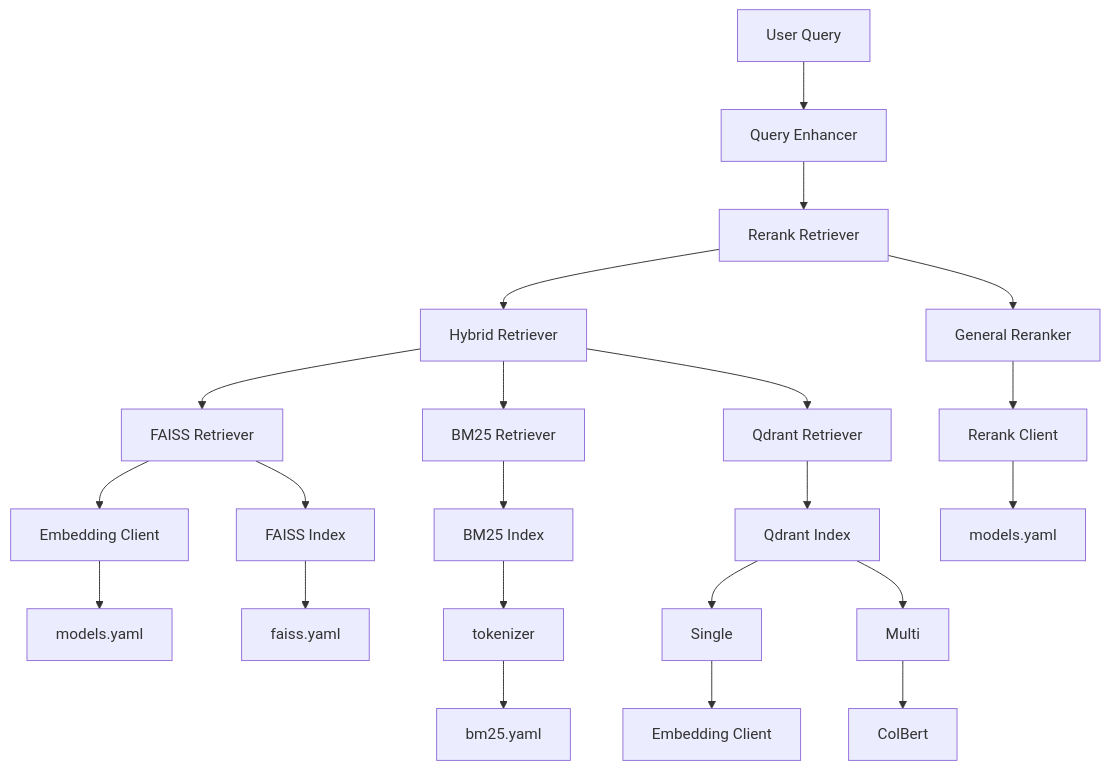
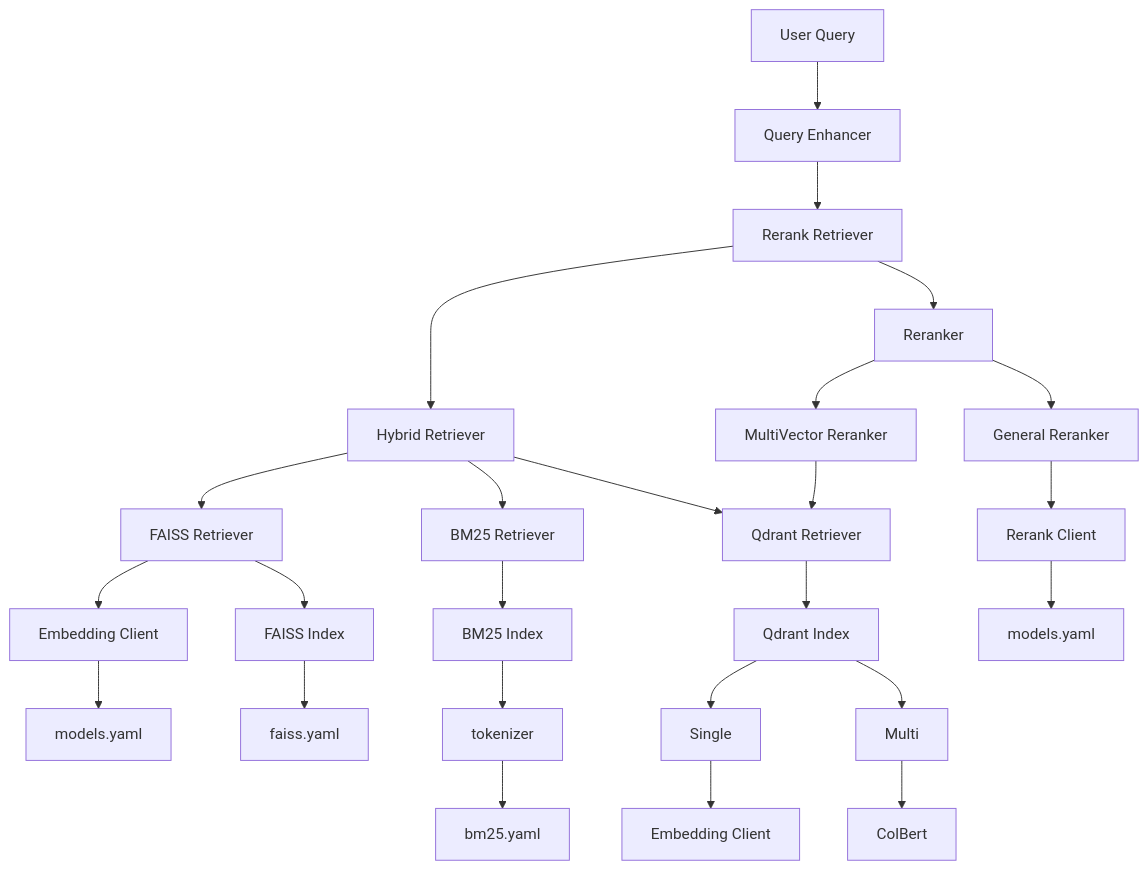
The diagram in README.md (FubonDS/Tiny-RAGFlow), drawn with Mermaid before and after one commit. The commit also changed other lines of this file, not shown here.

Commit message:
feat: update README to reflect changes in multivector reranker configuration and usage

````diff
--- a/README.md
+++ b/README.md
@@ -5,44 +5,47 @@
 ```mermaid
 flowchart TD
 
     %% Query Entry
     Q[User Query] --> QE[Query Enhancer]
 
     %% Enhancer uses LLM Client
 
     %% Enhanced queries go into Rerank Retriever first
     QE --> RR[Rerank Retriever]
 
     %% Rerank Retriever delegates to Hybrid Retriever
     RR --> RH[Hybrid Retriever]
 
 
     %% Hybrid retrieves from FAISS & BM25
     RH --> R1[FAISS Retriever]
     RH --> R2[BM25 Retriever]
     RH --> R3[Qdrant Retriever]
 
     R3 --> EVD[Qdrant Index]
 
     EVD --> ABT[Single]
     EVD --> ABA[Multi]
 
     ABT --> SKG[Embedding Client]
     ABA --> GEA[ColBert]
 
     %% FAISS Retriever uses embedding + FAISS Index
     R1 --> EMB[Embedding Client]
     R1 --> FIndex[FAISS Index]
     EMB --> CFG4[models.yaml]
     FIndex --> CFG1[faiss.yaml]
 
     %% BM25 Retriever uses BM25 Index
     R2 --> BIndex[BM25 Index]
     BIndex --> CFG5[tokenizer]
     CFG5 --> CFG2[bm25.yaml]
 
     %% Reranker uses Reranking Client
-    RR --> RK[General Reranker]
-    RK --> RC[Rerank Client]
+    RR --> RK[Reranker]
+    RK --> RM[MultiVector Reranker]
+    RM --> R3
+    RK --> RL[General Reranker]
+    RL --> RC[Rerank Client]
     RC --> CFG3[models.yaml]
 ```
````
